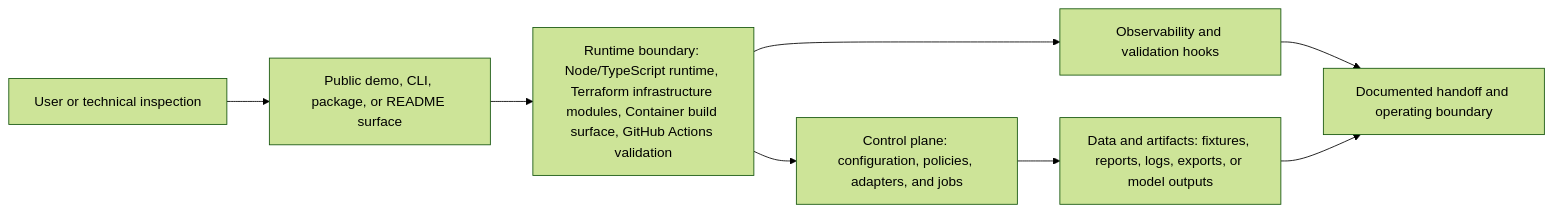
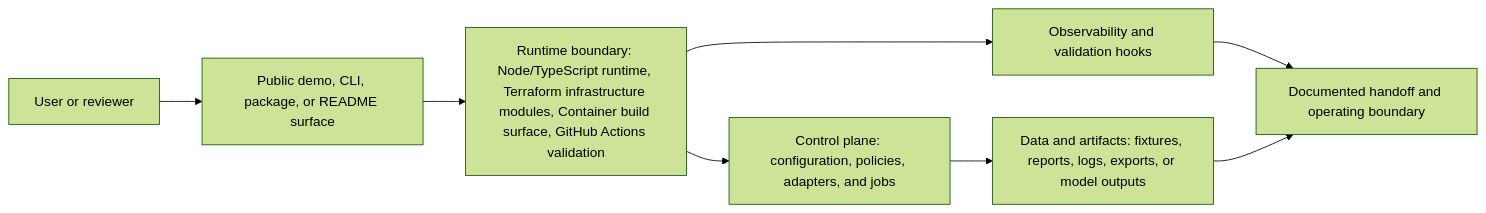
Before and after one commit to KIM3310/twincity-ui: the diagram in docs/system-architecture.md, drawn with Mermaid (forest theme). The commit also changed 31 other files, not shown here.

Commit message:
docs: refine digital twin architecture

````diff
--- a/docs/system-architecture.md
+++ b/docs/system-architecture.md
@@ -18,10 +18,10 @@
 ```mermaid
 flowchart LR
-    User["User or technical inspection"] --> Surface["Public demo, CLI, package, or README surface"]
+    User["User or reviewer"] --> Surface["Public demo, CLI, package, or README surface"]
     Surface --> Runtime["Runtime boundary: Node/TypeScript runtime, Terraform infrastructure modules, Container build surface, GitHub Actions validation"]
     Runtime --> Control["Control plane: configuration, policies, adapters, and jobs"]
     Control --> Data["Data and artifacts: fixtures, reports, logs, exports, or model outputs"]
     Runtime --> Observability["Observability and validation hooks"]
     Observability --> Handoff["Documented handoff and operating boundary"]
     Data --> Handoff
 ```
````
